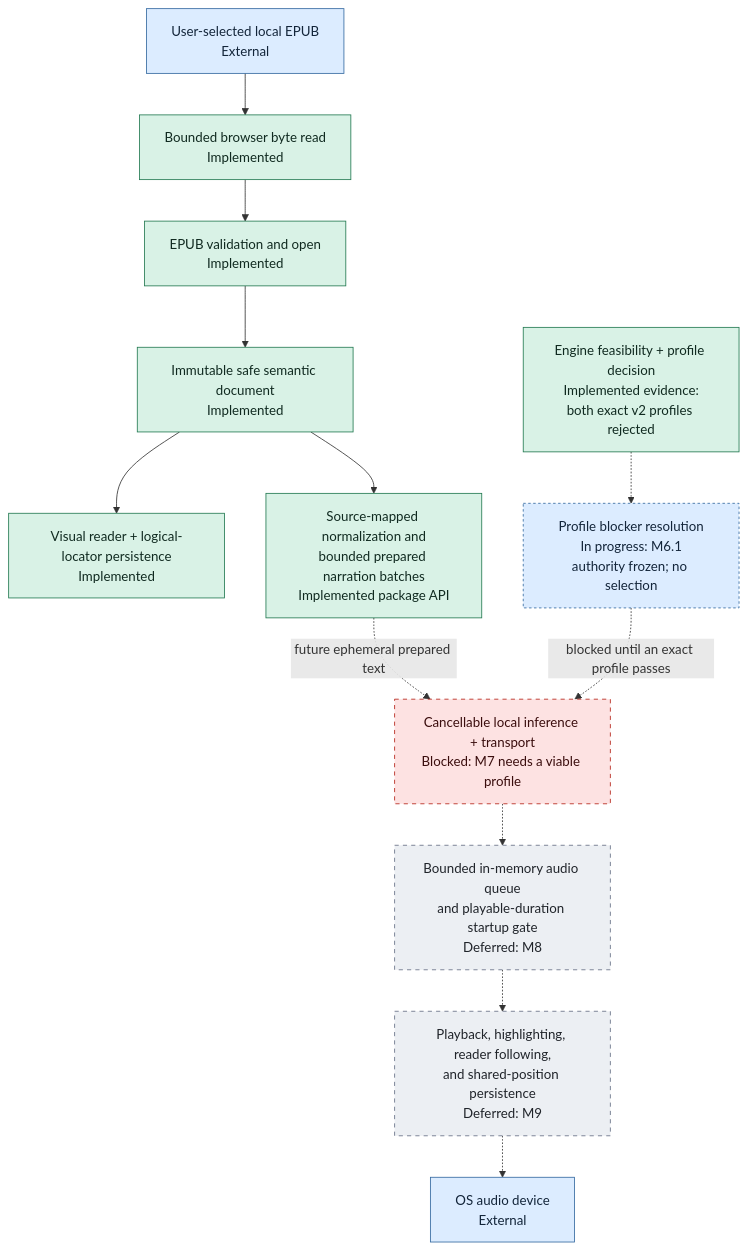
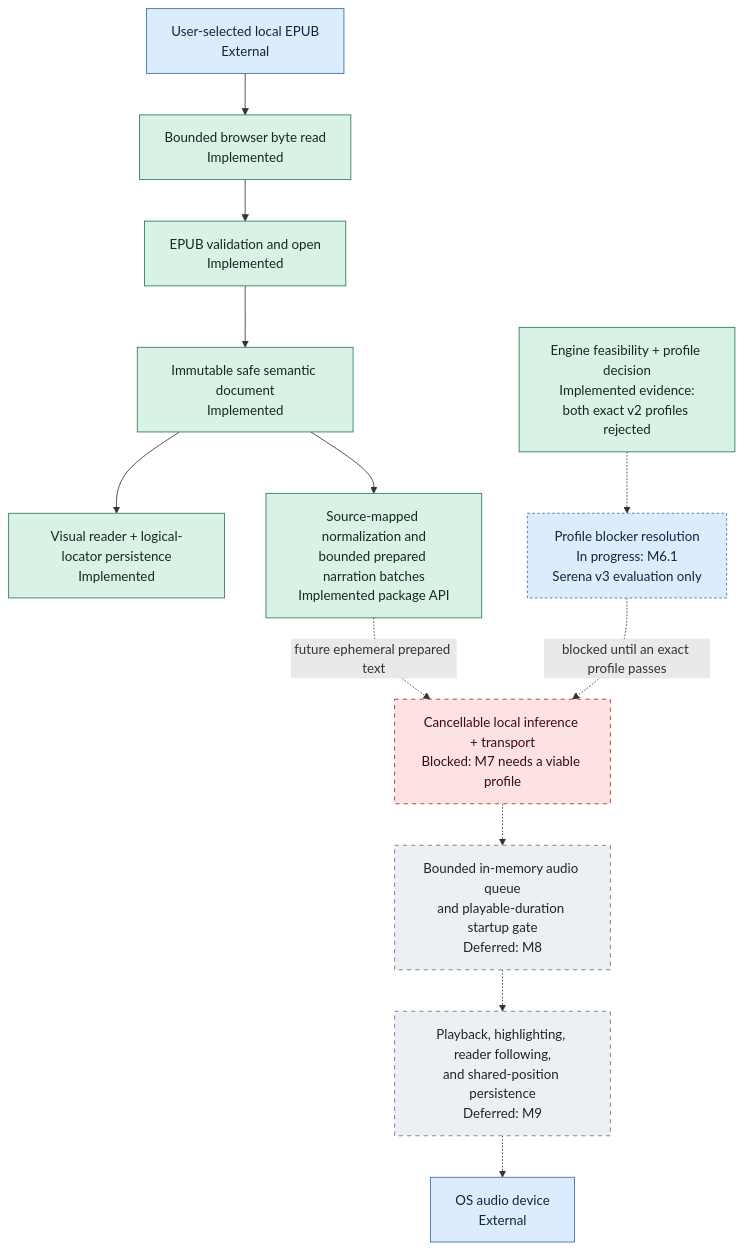
Before and after one commit to mmjosedaniel/voxleaf: the second of 2 diagrams in docs/architecture/system-diagram.md, drawn with Mermaid. The commit also changed other lines of this file and 16 other files, not shown here.

Commit message:
feat(tts): freeze Serena feasibility profile v3

````diff
--- a/docs/architecture/system-diagram.md
+++ b/docs/architecture/system-diagram.md
@@ -103,31 +103,31 @@
 ```mermaid
 flowchart TD
     classDef implemented fill:#d9f2e6,stroke:#247a52,color:#102a20
     classDef progress fill:#dcecff,stroke:#356aa0,color:#13253a,stroke-dasharray: 3 3
     classDef planned fill:#fff0c7,stroke:#9a6b00,color:#332400,stroke-dasharray: 5 5
     classDef blocked fill:#fde2e2,stroke:#b42318,color:#3a0d0d,stroke-dasharray: 5 5
     classDef deferred fill:#eceff3,stroke:#667085,color:#20242a,stroke-dasharray: 5 5
     classDef external fill:#dcecff,stroke:#356aa0,color:#13253a
 
     FILE["User-selected local EPUB<br/>External"]:::external
     READ["Bounded browser byte read<br/>Implemented"]:::implemented
     OPEN["EPUB validation and open<br/>Implemented"]:::implemented
     SAFE["Immutable safe semantic document<br/>Implemented"]:::implemented
     VISUAL["Visual reader + logical-locator persistence<br/>Implemented"]:::implemented
     PREP["Source-mapped normalization and<br/>bounded prepared narration batches<br/>Implemented package API"]:::implemented
     PROFILE["Engine feasibility + profile decision<br/>Implemented evidence:<br/>both exact v2 profiles rejected"]:::implemented
-    NEXT_PROFILE["Profile blocker resolution<br/>In progress: M6.1<br/>authority frozen; no selection"]:::progress
+    NEXT_PROFILE["Profile blocker resolution<br/>In progress: M6.1<br/>Serena v3 evaluation only"]:::progress
     INFER["Cancellable local inference + transport<br/>Blocked: M7 needs a viable profile"]:::blocked
     BUFFER["Bounded in-memory audio queue<br/>and playable-duration startup gate<br/>Deferred: M8"]:::deferred
     FOLLOW["Playback, highlighting, reader following,<br/>and shared-position persistence<br/>Deferred: M9"]:::deferred
     DEVICE["OS audio device<br/>External"]:::external
 
     FILE --> READ --> OPEN --> SAFE --> VISUAL
     SAFE --> PREP
     PREP -.->|"future ephemeral prepared text"| INFER
     PROFILE -.-> NEXT_PROFILE
     NEXT_PROFILE -.->|"blocked until an exact profile passes"| INFER
     INFER -.-> BUFFER
     BUFFER -.-> FOLLOW
     FOLLOW -.-> DEVICE
 ```
````
